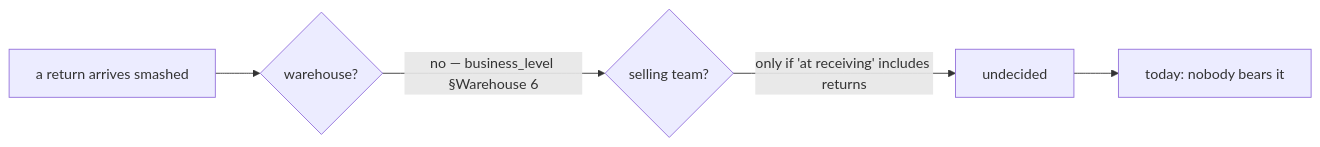
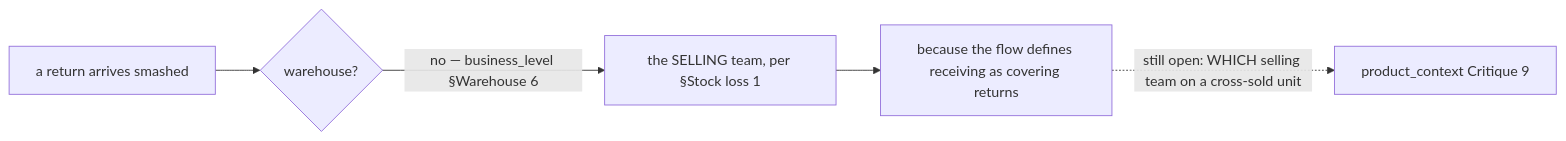
Before and after one commit to pdcgo/warehouse_revamp: the second of 2 diagrams in disscuss/requirements/stock_context_clarity.md, drawn with Mermaid. The commit also changed other lines of this file and 13 other files, not shown here.

````diff
--- a/disscuss/requirements/stock_context_clarity.md
+++ b/disscuss/requirements/stock_context_clarity.md
@@ -137,7 +163,7 @@
 ```mermaid
 flowchart LR
   R["a return arrives smashed"] --> A{"warehouse?"}
-  A -->|"no — business_level §Warehouse 6"| B{"selling team?"}
-  B -->|"only if 'at receiving' includes returns"| C["undecided"]
-  C --> D["today: nobody bears it"]
+  A -->|"no — business_level §Warehouse 6"| B["the SELLING team, per §Stock loss 1"]
+  B --> C["because the flow defines receiving as covering returns"]
+  C -.->|"still open: WHICH selling team on a cross-sold unit"| D["product_context Critique 9"]
 ```
````
